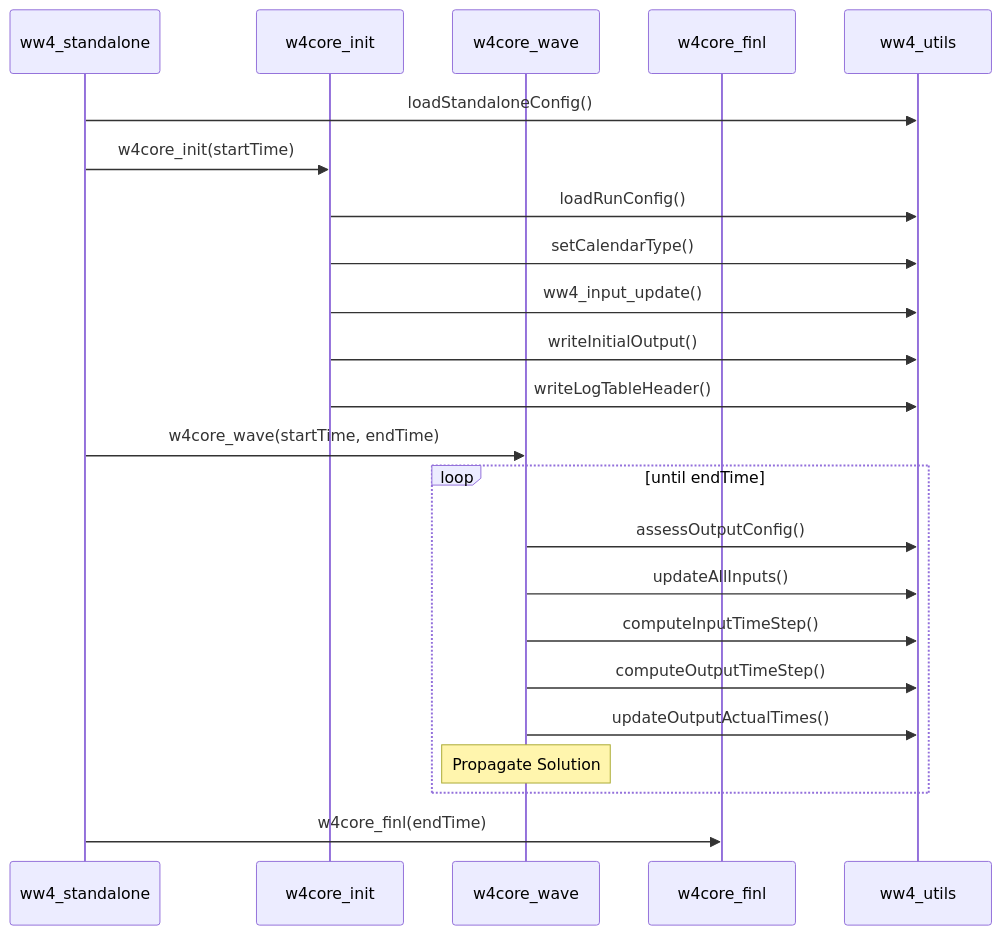
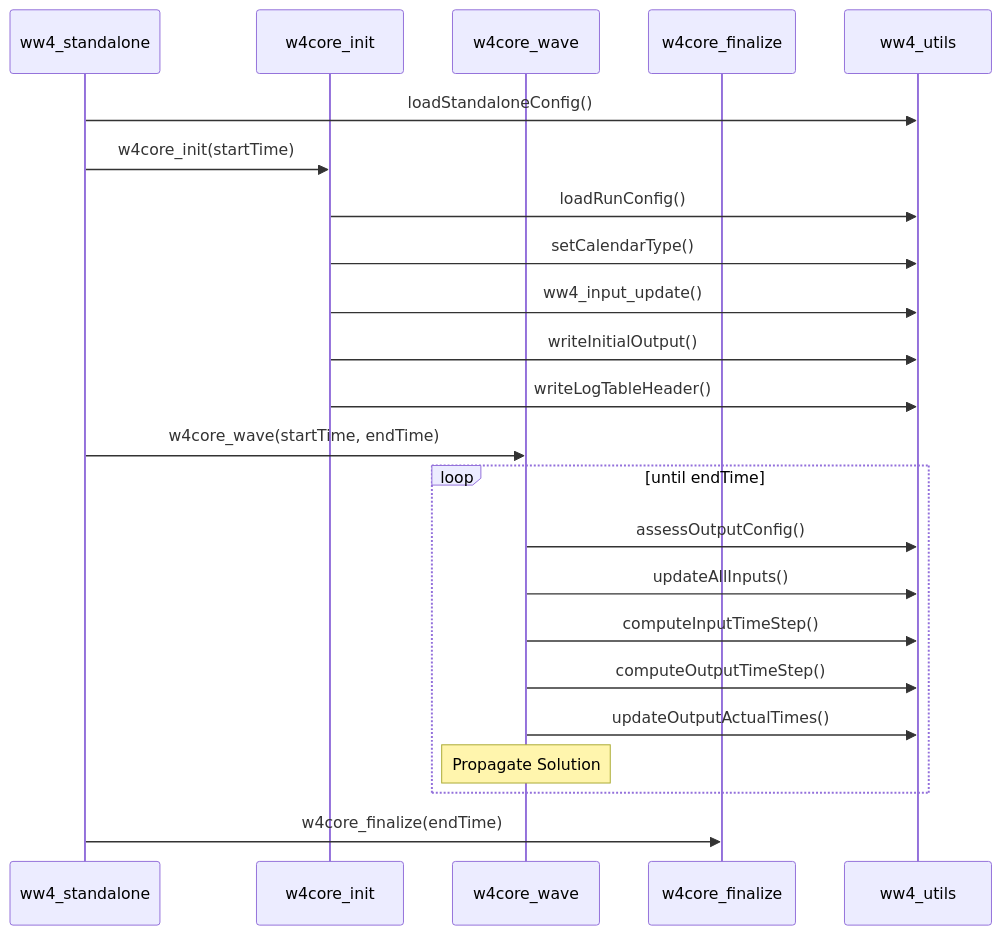
The second of 2 diagrams in ARCHITECTURE.md (HendrikTolman-NOAA/WW4_HLT), drawn with Mermaid before and after one commit. The commit also changed other lines of this file and 16 other files, not shown here.

First line of the commit message:
Refactor: Rename w4core_finl, remove clean tools, and rename constants.

````diff
--- a/ARCHITECTURE.md
+++ b/ARCHITECTURE.md
@@ -45,28 +45,28 @@
 ```mermaid
 sequenceDiagram
     participant SA as ww4_standalone
     participant INIT as w4core_init
     participant WAVE as w4core_wave
-    participant FINL as w4core_finl
+    participant FINL as w4core_finalize
     participant UTILS as ww4_utils
 
     SA->>UTILS: loadStandaloneConfig()
     SA->>INIT: w4core_init(startTime)
     INIT->>UTILS: loadRunConfig()
     INIT->>UTILS: setCalendarType()
     INIT->>UTILS: ww4_input_update()
     INIT->>UTILS: writeInitialOutput()
     INIT->>UTILS: writeLogTableHeader()
 
     SA->>WAVE: w4core_wave(startTime, endTime)
     loop until endTime
         WAVE->>UTILS: assessOutputConfig()
         WAVE->>UTILS: updateAllInputs()
         WAVE->>UTILS: computeInputTimeStep()
         WAVE->>UTILS: computeOutputTimeStep()
         WAVE->>UTILS: updateOutputActualTimes()
         Note over WAVE: Propagate Solution
     end
 
-    SA->>FINL: w4core_finl(endTime)
+    SA->>FINL: w4core_finalize(endTime)
 ```
````
